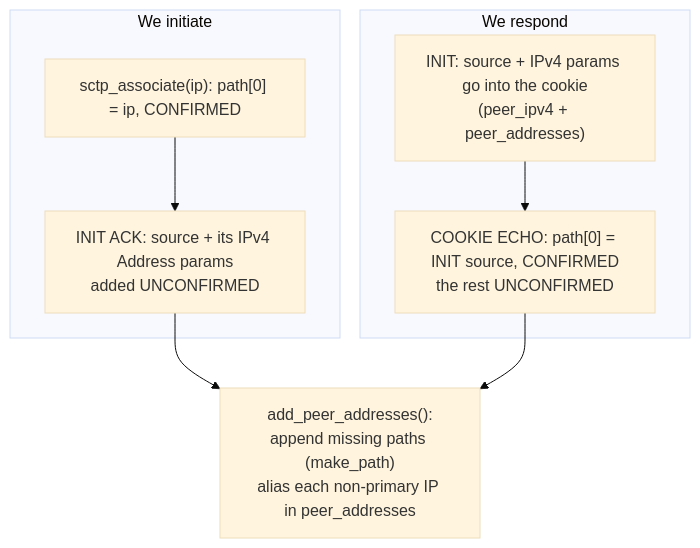
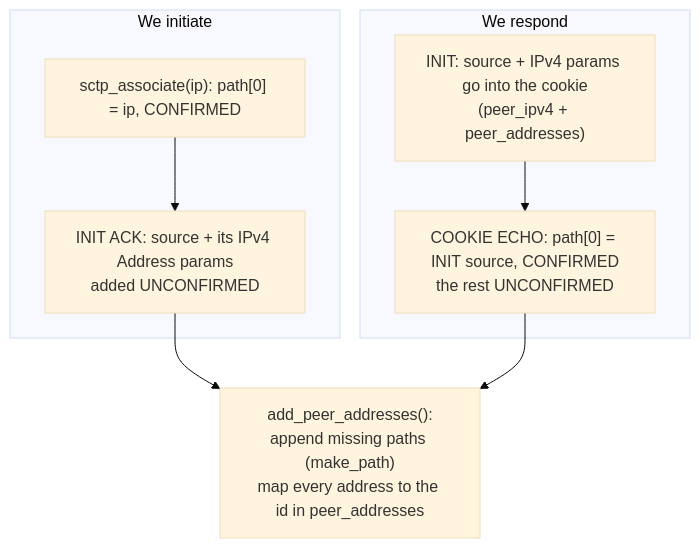
Before and after one commit to ethanallenfernandez/sctp-stack: the second of 10 diagrams in docs/devs/07-paths.md, drawn with Mermaid (base theme). The commit also changed other lines of this file and 42 other files, not shown here.

````diff
--- a/docs/devs/07-paths.md
+++ b/docs/devs/07-paths.md
@@ -62,14 +63,14 @@
 ```mermaid
 flowchart TD
     subgraph I["We initiate"]
         i1["sctp_associate(ip): path[0] = ip, CONFIRMED"]
         i2["INIT ACK: source + its IPv4 Address params<br/>added UNCONFIRMED"]
         i1 --> i2
     end
     subgraph R["We respond"]
         r1["INIT: source + IPv4 params go into the cookie<br/>(peer_ipv4 + peer_addresses)"]
         r2["COOKIE ECHO: path[0] = INIT source, CONFIRMED<br/>the rest UNCONFIRMED"]
         r1 --> r2
     end
-    i2 & r2 --> add["add_peer_addresses():<br/>append missing paths (make_path)<br/>alias each non-primary IP in peer_addresses"]
+    i2 & r2 --> add["add_peer_addresses():<br/>append missing paths (make_path)<br/>map every address to the id in peer_addresses"]
 ```
````
